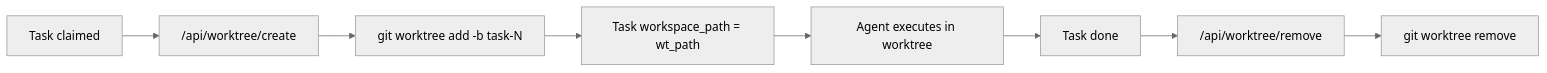
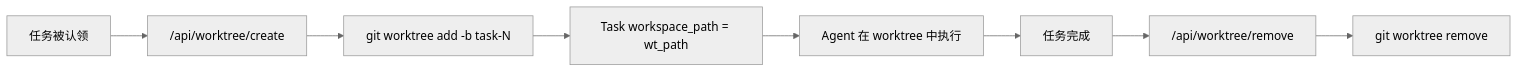
The diagram in openspec/changes/git-worktree-api/proposal.md (fusionnexis/NexisHermes), drawn with Mermaid (neutral theme) before and after one commit. The commit also changed other lines of this file and 1 other file, not shown here.

````diff
--- a/openspec/changes/git-worktree-api/proposal.md
+++ b/openspec/changes/git-worktree-api/proposal.md
@@ -14,10 +14,10 @@
 ```mermaid
 flowchart LR
-    CLAIM["Task claimed"] --> CREATE["/api/worktree/create"]
+    CLAIM["任务被认领"] --> CREATE["/api/worktree/create"]
     CREATE --> WT["git worktree add -b task-N"]
     WT --> BIND["Task workspace_path = wt_path"]
-    BIND --> EXEC["Agent executes in worktree"]
-    EXEC --> DONE["Task done"]
+    BIND --> EXEC["Agent 在 worktree 中执行"]
+    EXEC --> DONE["任务完成"]
     DONE --> REMOVE["/api/worktree/remove"]
     REMOVE --> CLEAN["git worktree remove"]
 ```
````
